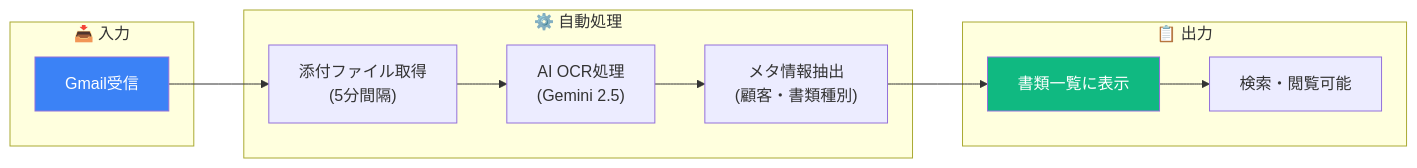
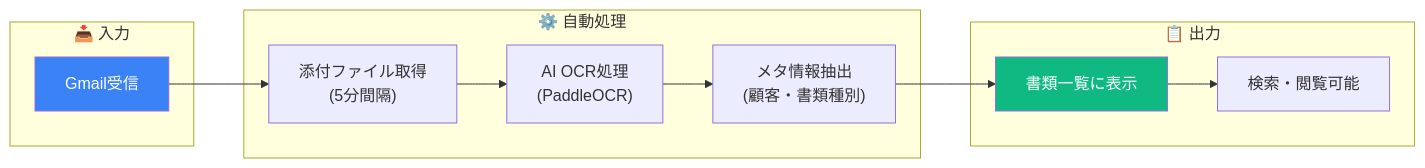
One commit to yasushi-honda/doc-split changed the first of 2 diagrams in docs/deployment-flow.md. Above: the diagram before and after it, drawn with Mermaid. The commit also changed other lines of this file and 44 other files, not shown here.

````diff
--- a/docs/deployment-flow.md
+++ b/docs/deployment-flow.md
@@ -434,22 +434,22 @@
 ```mermaid
 flowchart LR
     subgraph Input["📥 入力"]
         A["Gmail受信"]
     end
 
     subgraph Process["⚙️ 自動処理"]
         B["添付ファイル取得<br/>(5分間隔)"]
-        C["AI OCR処理<br/>(Gemini 2.5)"]
+        C["AI OCR処理<br/>(PaddleOCR)"]
         D["メタ情報抽出<br/>(顧客・書類種別)"]
     end
 
     subgraph Output["📋 出力"]
         E["書類一覧に表示"]
         F["検索・閲覧可能"]
     end
 
     A --> B --> C --> D --> E --> F
 
     style A fill:#3b82f6,color:white
     style E fill:#10b981,color:white
 ```
````
